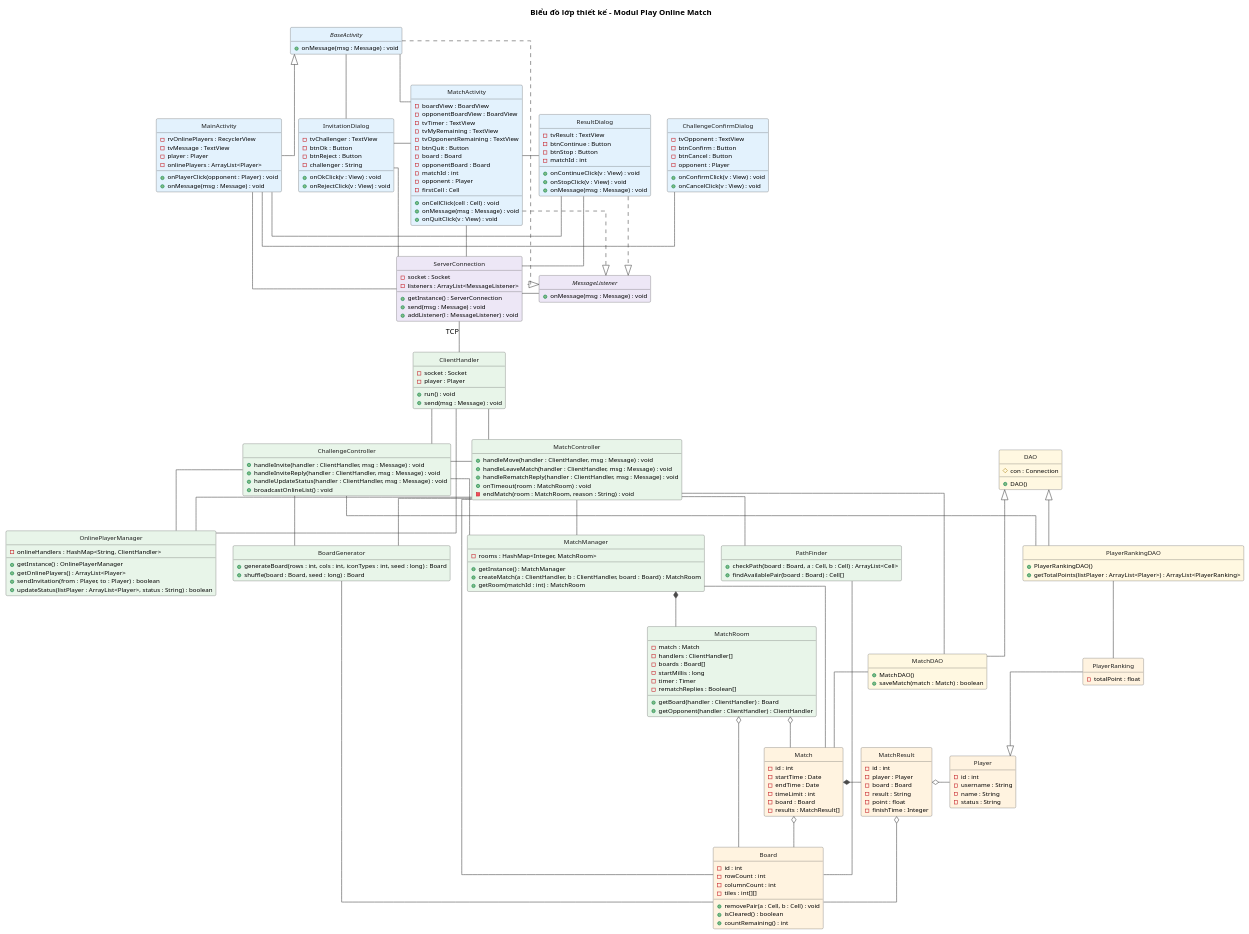
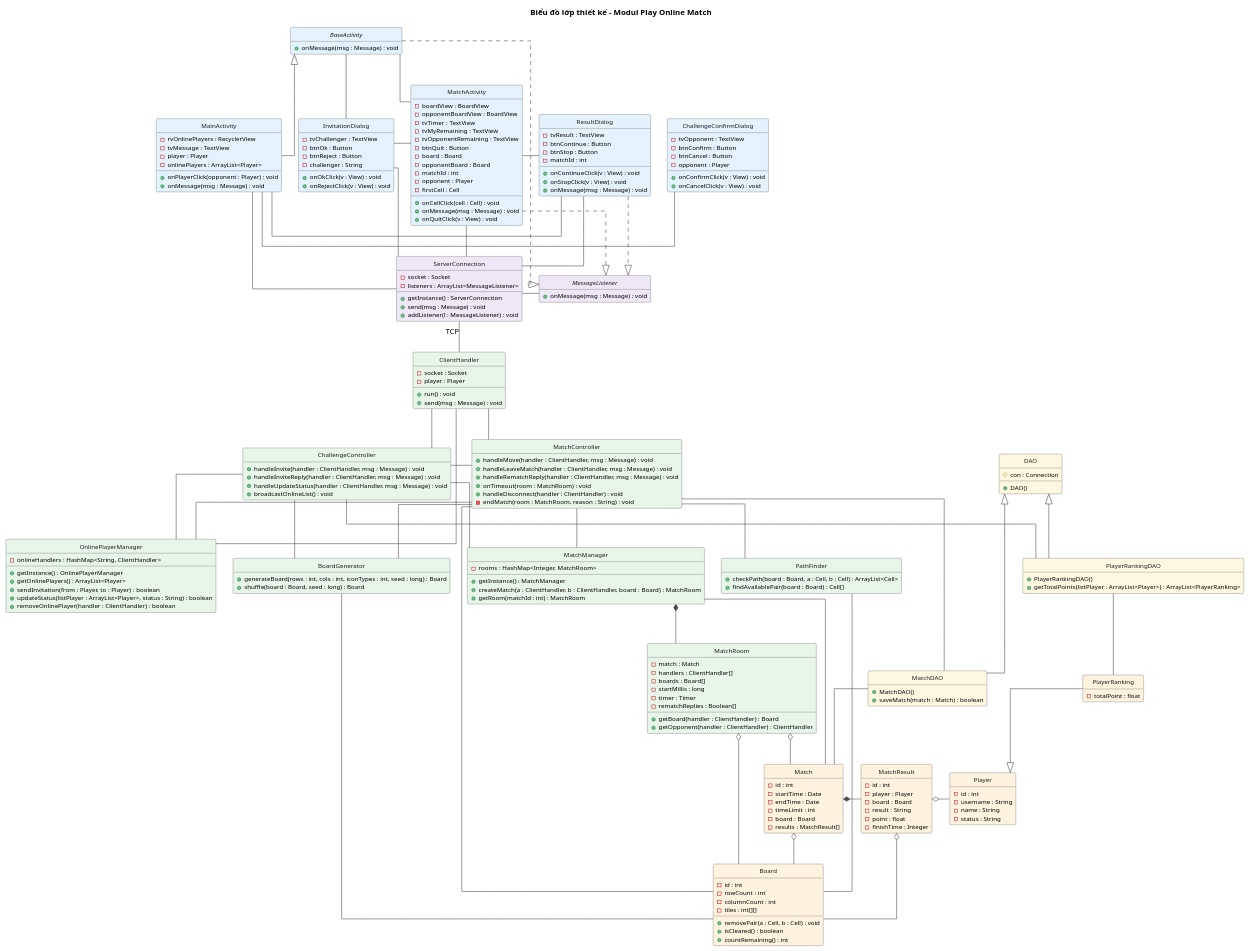
The diagram in docs/uml/pha3/class-design-m4.puml (VattenL/mobile-pikachu), drawn with PlantUML before and after one commit. The commit also changed 31 other files, not shown here.

```diff
--- a/docs/uml/pha3/class-design-m4.puml
+++ b/docs/uml/pha3/class-design-m4.puml
@@ -107,6 +107,7 @@
   + handleLeaveMatch(handler : ClientHandler, msg : Message) : void
   + handleRematchReply(handler : ClientHandler, msg : Message) : void
   + onTimeout(room : MatchRoom) : void
+  + handleDisconnect(handler : ClientHandler) : void
   - endMatch(room : MatchRoom, reason : String) : void
 }
 
@@ -116,6 +117,7 @@
   + getOnlinePlayers() : ArrayList<Player>
   + sendInvitation(from : Player, to : Player) : boolean
   + updateStatus(listPlayer : ArrayList<Player>, status : String) : boolean
+  + removeOnlinePlayer(handler : ClientHandler) : boolean
 }
 
 class MatchManager #E8F5E9 {
```
